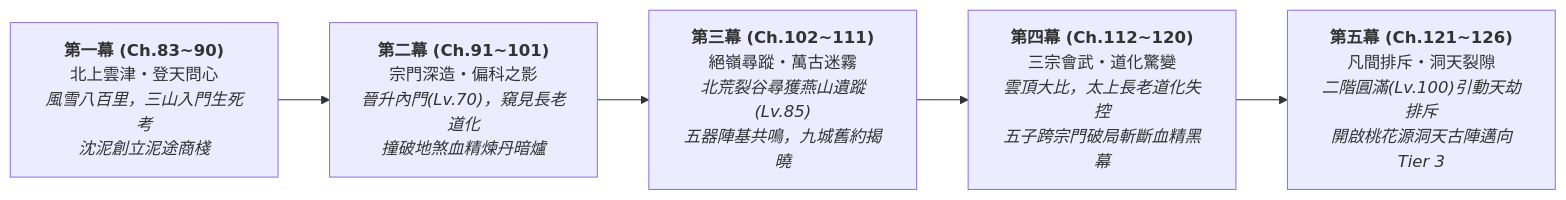
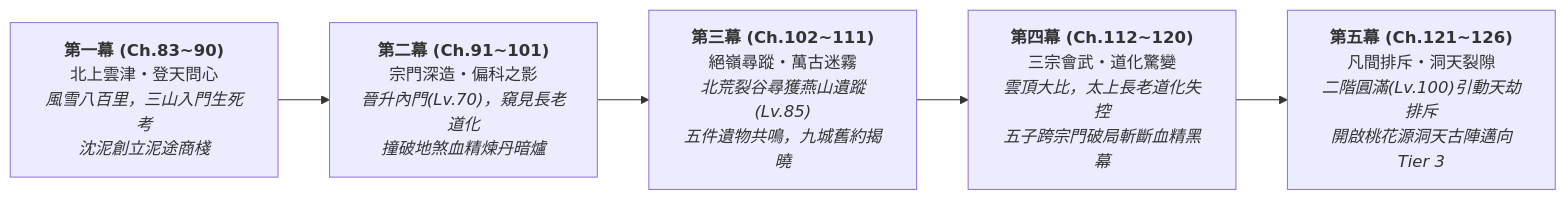
The second of 2 diagrams in forgotten-space/narrative/volume3.md (wade-fs/mudscript), drawn with Mermaid before and after one commit. The commit also changed other lines of this file and 46 other files, not shown here.

````diff
--- a/forgotten-space/narrative/volume3.md
+++ b/forgotten-space/narrative/volume3.md
@@ -143,10 +201,10 @@
 ```mermaid
 flowchart LR
     Act1["<b>第一幕 (Ch.83~90)</b><br>北上雲津・登天問心<br><i>風雪八百里，三山入門生死考<br>沈泥創立泥途商棧</i>"]
     Act2["<b>第二幕 (Ch.91~101)</b><br>宗門深造・偏科之影<br><i>晉升內門(Lv.70)，窺見長老道化<br>撞破地煞血精煉丹暗爐</i>"]
-    Act3["<b>第三幕 (Ch.102~111)</b><br>絕嶺尋蹤・萬古迷霧<br><i>北荒裂谷尋獲燕山遺蹤(Lv.85)<br>五器陣基共鳴，九城舊約揭曉</i>"]
+    Act3["<b>第三幕 (Ch.102~111)</b><br>絕嶺尋蹤・萬古迷霧<br><i>北荒裂谷尋獲燕山遺蹤(Lv.85)<br>五件遺物共鳴，九城舊約揭曉</i>"]
     Act4["<b>第四幕 (Ch.112~120)</b><br>三宗會武・道化驚變<br><i>雲頂大比，太上長老道化失控<br>五子跨宗門破局斬斷血精黑幕</i>"]
     Act5["<b>第五幕 (Ch.121~126)</b><br>凡間排斥・洞天裂隙<br><i>二階圓滿(Lv.100)引動天劫排斥<br>開啟桃花源洞天古陣邁向Tier 3</i>"]
 
     Act1 --> Act2 --> Act3 --> Act4 --> Act5
 ```
````
